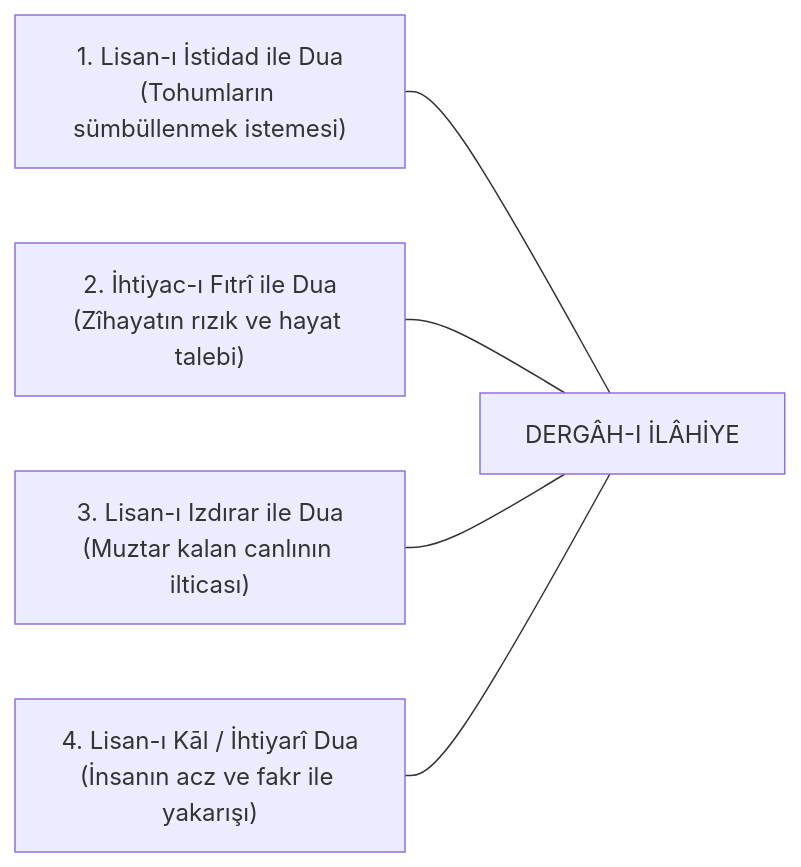
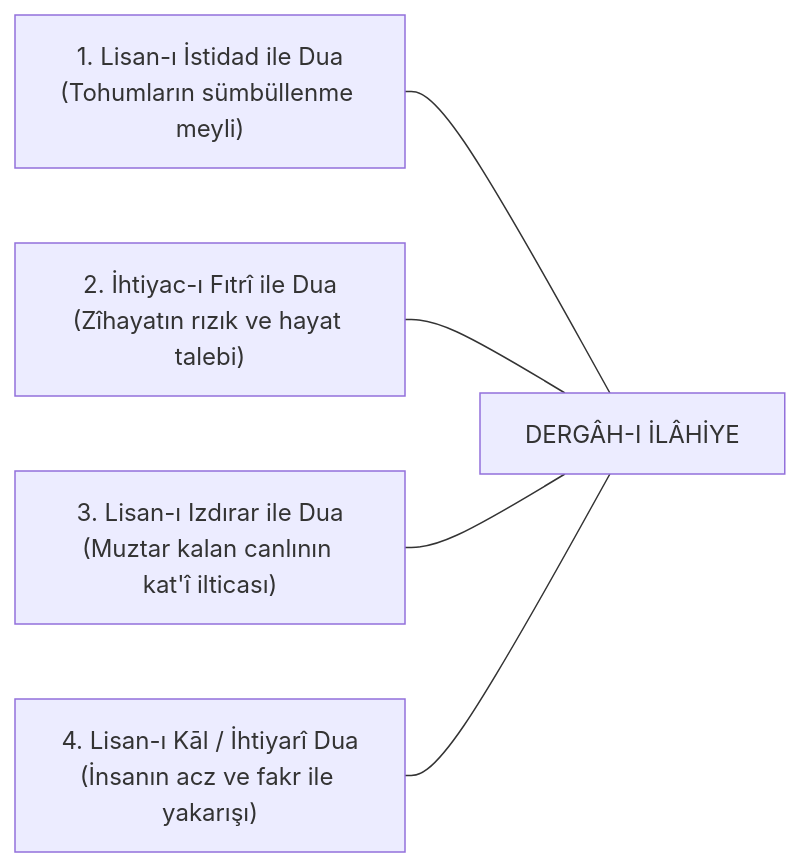
The second of 2 diagrams in docs/taallum-ve-tekamul.md (bahattinyunus/tilsim-i-kainat), drawn with Mermaid before and after one commit. The commit also changed other lines of this file and 5 other files, not shown here.

````diff
--- a/docs/taallum-ve-tekamul.md
+++ b/docs/taallum-ve-tekamul.md
@@ -76,7 +102,7 @@
 ```mermaid
 flowchart LR
-    D1["1. Lisan-ı İstidad ile Dua<br/>(Tohumların sümbüllenmek istemesi)"] --- K["DERGÂH-I İLÂHİYE"]
+    D1["1. Lisan-ı İstidad ile Dua<br/>(Tohumların sümbüllenme meyli)"] --- K["DERGÂH-I İLÂHİYE"]
     D2["2. İhtiyac-ı Fıtrî ile Dua<br/>(Zîhayatın rızık ve hayat talebi)"] --- K
-    D3["3. Lisan-ı Izdırar ile Dua<br/>(Muztar kalan canlının ilticası)"] --- K
+    D3["3. Lisan-ı Izdırar ile Dua<br/>(Muztar kalan canlının kat'î ilticası)"] --- K
     D4["4. Lisan-ı Kāl / İhtiyarî Dua<br/>(İnsanın acz ve fakr ile yakarışı)"] --- K
 ```
````
